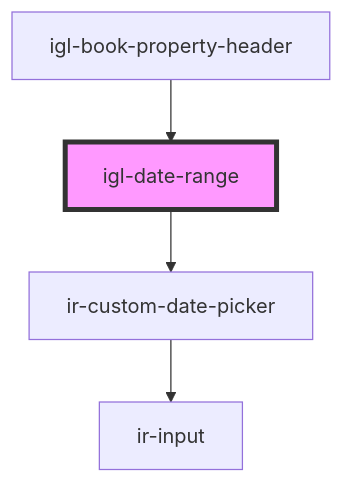
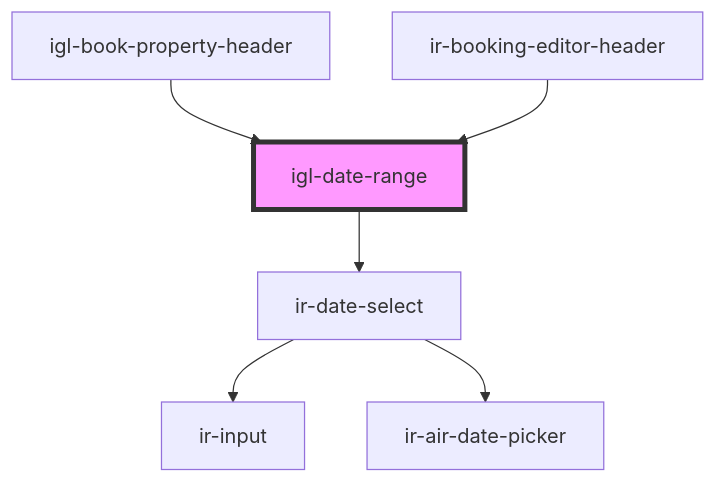
The diagram in src/components/igloo-calendar/igl-date-range/readme.md (RonyRizk/ir-webcmp), drawn with Mermaid before and after one commit. The commit also changed other lines of this file and 235 other files, not shown here.

````diff
--- a/src/components/igloo-calendar/igl-date-range/readme.md
+++ b/src/components/igloo-calendar/igl-date-range/readme.md
@@ -41,7 +44,9 @@
 ```mermaid
 graph TD;
-  igl-date-range --> ir-custom-date-picker
-  ir-custom-date-picker --> ir-input
+  igl-date-range --> ir-date-select
+  ir-date-select --> ir-input
+  ir-date-select --> ir-air-date-picker
   igl-book-property-header --> igl-date-range
+  ir-booking-editor-header --> igl-date-range
   style igl-date-range fill:#f9f,stroke:#333,stroke-width:4px
 ```
````
